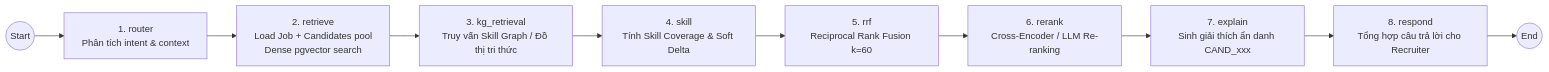
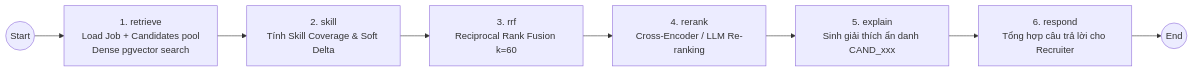
Before and after one commit to linhnguyenviet030704-oss/T099: the third of 4 diagrams in docs/architecture.md, drawn with Mermaid. The commit also changed other lines of this file and 5 other files, not shown here.

````diff
--- a/docs/architecture.md
+++ b/docs/architecture.md
@@ -158,12 +158,10 @@
 ```mermaid
 graph LR
-    START((Start)) --> router[1. router<br/>Phân tích intent & context]
-    router --> retrieve[2. retrieve<br/>Load Job + Candidates pool<br/>Dense pgvector search]
-    retrieve --> kg_retrieval[3. kg_retrieval<br/>Truy vấn Skill Graph / Đồ thị tri thức]
-    kg_retrieval --> skill[4. skill<br/>Tính Skill Coverage & Soft Delta]
-    skill --> rrf[5. rrf<br/>Reciprocal Rank Fusion k=60]
-    rrf --> rerank[6. rerank<br/>Cross-Encoder / LLM Re-ranking]
-    rerank --> explain[7. explain<br/>Sinh giải thích ẩn danh CAND_xxx]
-    explain --> respond[8. respond<br/>Tổng hợp câu trả lời cho Recruiter]
+    START((Start)) --> retrieve[1. retrieve<br/>Load Job + Candidates pool<br/>Dense pgvector search]
+    retrieve --> skill[2. skill<br/>Tính Skill Coverage & Soft Delta]
+    skill --> rrf[3. rrf<br/>Reciprocal Rank Fusion k=60]
+    rrf --> rerank[4. rerank<br/>Cross-Encoder / LLM Re-ranking]
+    rerank --> explain[5. explain<br/>Sinh giải thích ẩn danh CAND_xxx]
+    explain --> respond[6. respond<br/>Tổng hợp câu trả lời cho Recruiter]
     respond --> END((End))
 ```
````
